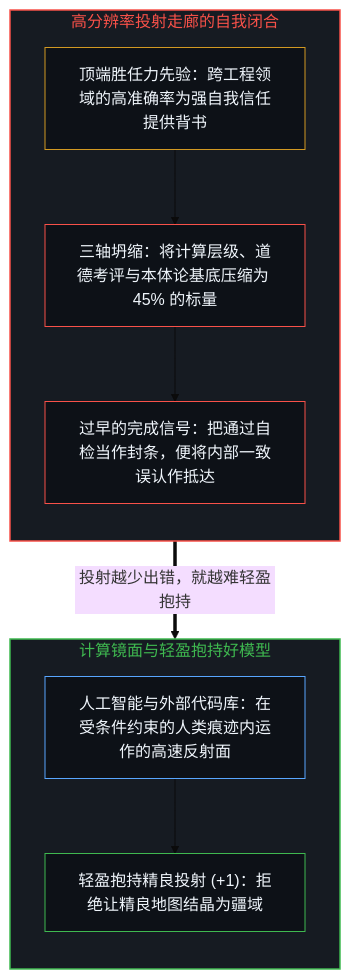
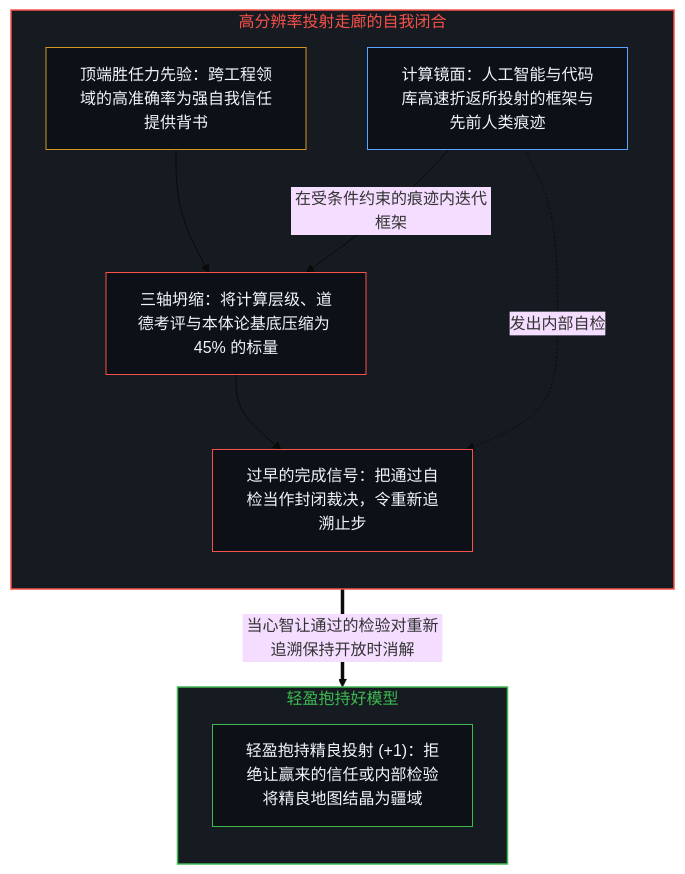
The first of 2 diagrams in content/posts/intelligence-traps-itself.md (powerpig99/not-a-toe), drawn with Mermaid (base theme) before and after one commit. The commit also changed other lines of this file and 4 other files, not shown here.

````diff
--- a/content/posts/intelligence-traps-itself.md
+++ b/content/posts/intelligence-traps-itself.md
@@ -17,24 +17,26 @@
 ```mermaid
 flowchart TD
     subgraph S_Corridor["高分辨率投射走廊的自我闭合"]
         direction TB
         Prior["顶端胜任力先验：跨工程领域的高准确率为强自我信任提供背书"]
+        Mirror["计算镜面：人工智能与代码库高速折返所投射的框架与先前人类痕迹"]
         Collapse["三轴坍缩：将计算层级、道德考评与本体论基底压缩为 45% 的标量"]
-        Arrive["过早的完成信号：把通过自检当作封条，便将内部一致误认作抵达"]
-        Prior --> Collapse --> Arrive
+        Arrive["过早的完成信号：把通过自检当作封闭裁决，令重新追溯止步"]
+        Prior --> Collapse
+        Mirror -->|"在受条件约束的痕迹内迭代框架"| Collapse
+        Collapse --> Arrive
+        Mirror -.->|"发出内部自检"| Arrive
     end
-    subgraph S_Mirror["计算镜面与轻盈抱持好模型"]
+    subgraph S_Open["轻盈抱持好模型"]
         direction TB
-        Mirror["人工智能与外部代码库：在受条件约束的人类痕迹内运作的高速反射面"]
-        Light["轻盈抱持精良投射 (+1)：拒绝让精良地图结晶为疆域"]
-        Mirror --> Light
+        Light["轻盈抱持精良投射 (+1)：拒绝让赢来的信任或内部检验将精良地图结晶为疆域"]
     end
-    Arrive ==>|"投射越少出错，就越难轻盈抱持"| Mirror
+    Arrive ==>|"当心智让通过的检验对重新追溯保持开放时消解"| Light
     style S_Corridor fill:#161b22,stroke:#f85149,stroke-width:1.5px,color:#f85149
-    style S_Mirror fill:#161b22,stroke:#3fb950,stroke-width:1.5px,color:#3fb950
+    style S_Open fill:#161b22,stroke:#3fb950,stroke-width:1.5px,color:#3fb950
     style Prior fill:#0d1117,stroke:#d29922,stroke-width:1px,color:#f0f6fc
+    style Mirror fill:#0d1117,stroke:#58a6ff,stroke-width:1px,color:#f0f6fc
     style Collapse fill:#0d1117,stroke:#f85149,stroke-width:1px,color:#f0f6fc
     style Arrive fill:#0d1117,stroke:#f85149,stroke-width:1px,color:#f0f6fc
-    style Mirror fill:#0d1117,stroke:#58a6ff,stroke-width:1px,color:#f0f6fc
     style Light fill:#0d1117,stroke:#3fb950,stroke-width:1px,color:#f0f6fc
 ```
````
